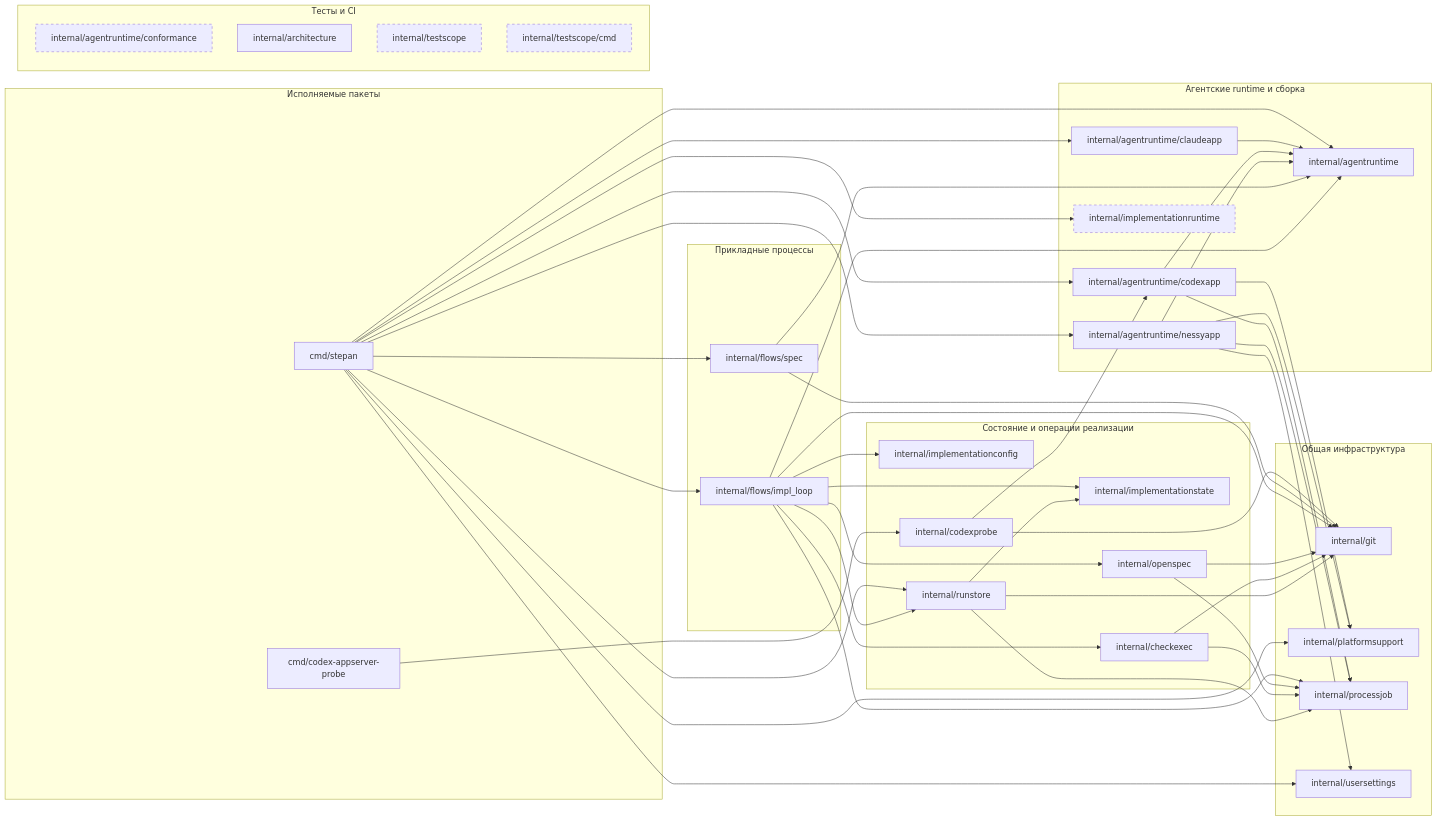
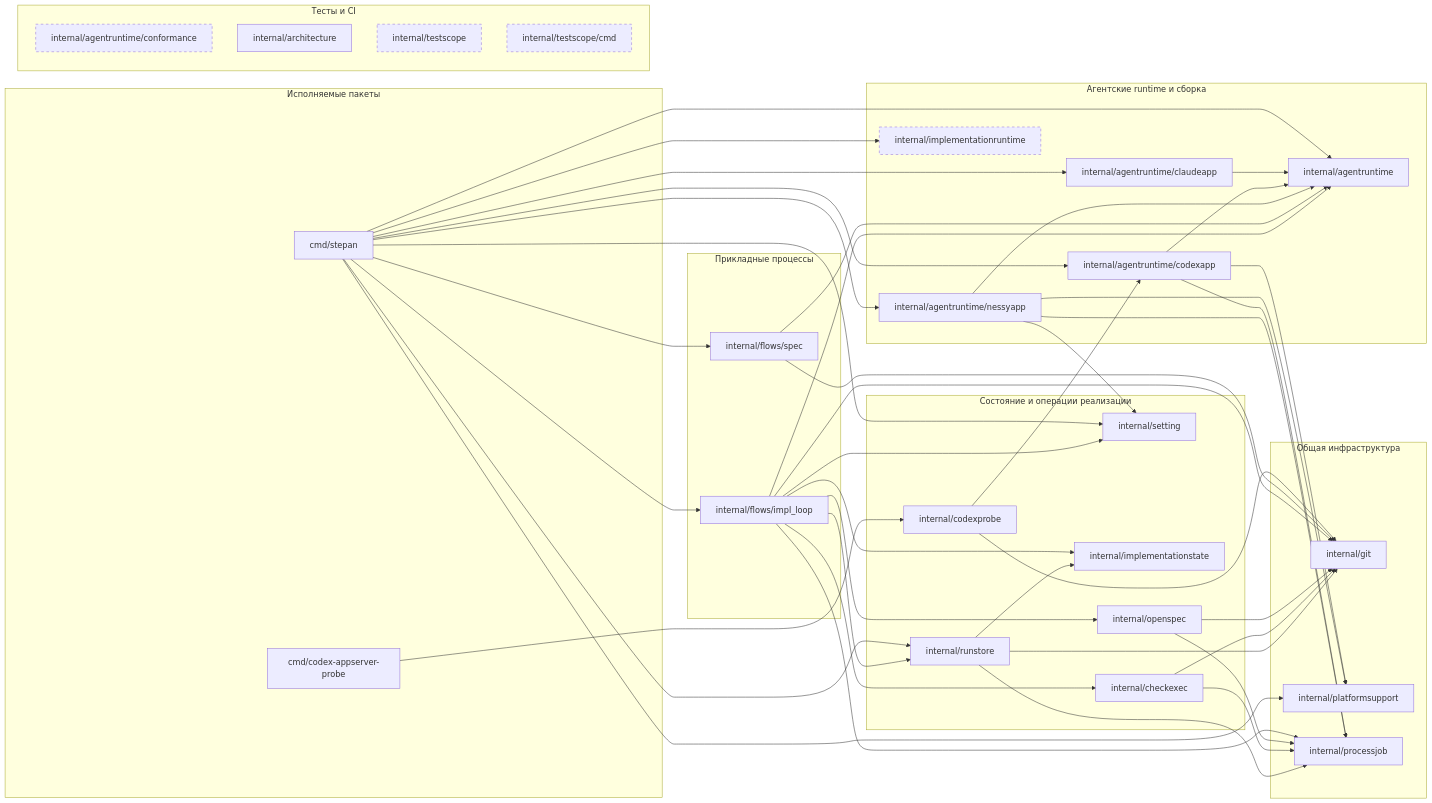
One commit to AndrMoiseev/stepan changed the diagram in docs/architecture/context_map.md. Above: the diagram before and after it, drawn with Mermaid. The commit also changed other lines of this file and 73 other files, not shown here.

````diff
--- a/docs/architecture/context_map.md
+++ b/docs/architecture/context_map.md
@@ -9,53 +9,52 @@
 ```mermaid
 flowchart LR
     subgraph Entry[Исполняемые пакеты]
         stepan[cmd/stepan]
         probe_cmd[cmd/codex-appserver-probe]
     end
     subgraph Flows[Прикладные процессы]
         spec[internal/flows/spec]
         impl[internal/flows/impl_loop]
     end
     subgraph Runtime[Агентские runtime и сборка]
         runtime[internal/agentruntime]
         claude[internal/agentruntime/claudeapp]
         codex[internal/agentruntime/codexapp]
         nessy[internal/agentruntime/nessyapp]
         runtime_factory[internal/implementationruntime]
     end
     subgraph Services[Состояние и операции реализации]
-        config[internal/implementationconfig]
+        config[internal/setting]
         state[internal/implementationstate]
         openspec[internal/openspec]
         checks[internal/checkexec]
         store[internal/runstore]
         probe[internal/codexprobe]
     end
     subgraph Infrastructure[Общая инфраструктура]
         git[internal/git]
         platform[internal/platformsupport]
         jobs[internal/processjob]
-        settings[internal/usersettings]
     end
     subgraph TestTools[Тесты и CI]
         conformance[internal/agentruntime/conformance]
         architecture[internal/architecture]
         testscope[internal/testscope]
         testscope_cmd[internal/testscope/cmd]
     end
 
-    stepan --> runtime & claude & codex & nessy & impl & runtime_factory & platform & spec & store & settings
+    stepan --> runtime & claude & codex & nessy & impl & runtime_factory & platform & spec & store & config
     probe_cmd --> probe
     claude --> runtime
     codex --> runtime & platform & jobs
-    nessy --> settings & runtime & platform & jobs
+    nessy --> config & runtime & platform & jobs
     probe --> codex & git
     spec --> runtime & git
     impl --> runtime & git & jobs & openspec & store & checks & config & state
     openspec --> git & jobs
     checks --> git & jobs
     store --> git & jobs & state
 
     classDef unspecified stroke-dasharray: 5 5
     class runtime_factory,conformance,testscope,testscope_cmd unspecified
 ```
````
